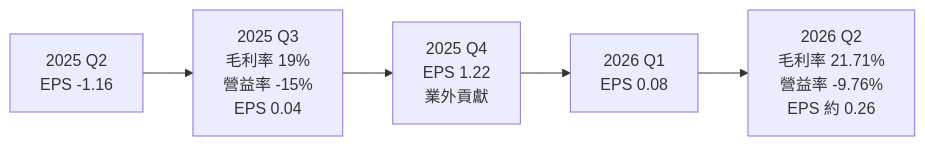
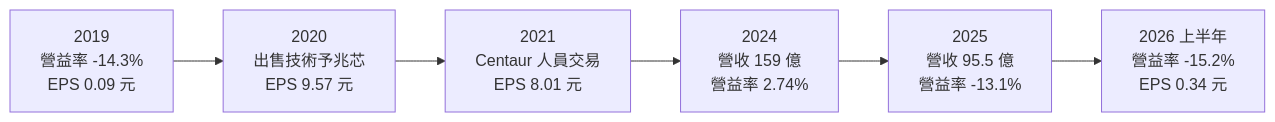
Before and after one commit to wangnick1004/taiwan-stock-vault: the second of 3 diagrams in 個股/台股/2388威盛.md, drawn with Mermaid. The commit also changed other lines of this file and 19 other files, not shown here.

````diff
--- a/個股/台股/2388威盛.md
+++ b/個股/台股/2388威盛.md
@@ -131,4 +138,4 @@
 ```mermaid
 flowchart LR
-    Q1["2025 Q2<br/>EPS -1.16"] --> Q2["2025 Q3<br/>毛利率 19%<br/>營益率 -15%<br/>EPS 0.04"] --> Q3["2025 Q4<br/>EPS 1.22<br/>業外貢獻"] --> Q4["2026 Q1<br/>EPS 0.08"] --> Q5["2026 Q2<br/>毛利率 21.71%<br/>營益率 -9.76%<br/>EPS 約 0.26"]
+    Y19["2019<br/>營益率 -14.3%<br/>EPS 0.09 元"] --> Y20["2020<br/>出售技術予兆芯<br/>EPS 9.57 元"] --> Y21["2021<br/>Centaur 人員交易<br/>EPS 8.01 元"] --> Y24["2024<br/>營收 159 億<br/>營益率 2.74%"] --> Y25["2025<br/>營收 95.5 億<br/>營益率 -13.1%"] --> H26["2026 上半年<br/>營益率 -15.2%<br/>EPS 0.34 元"]
 ```
````
